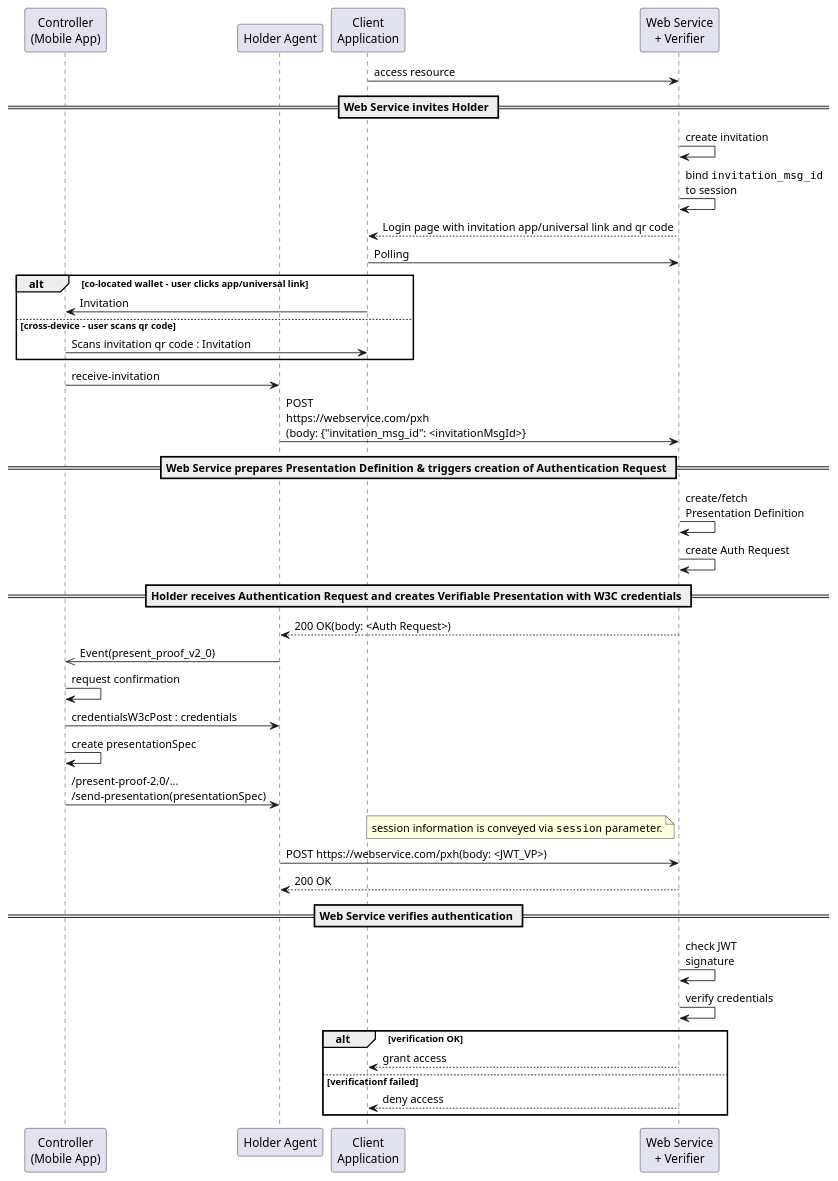
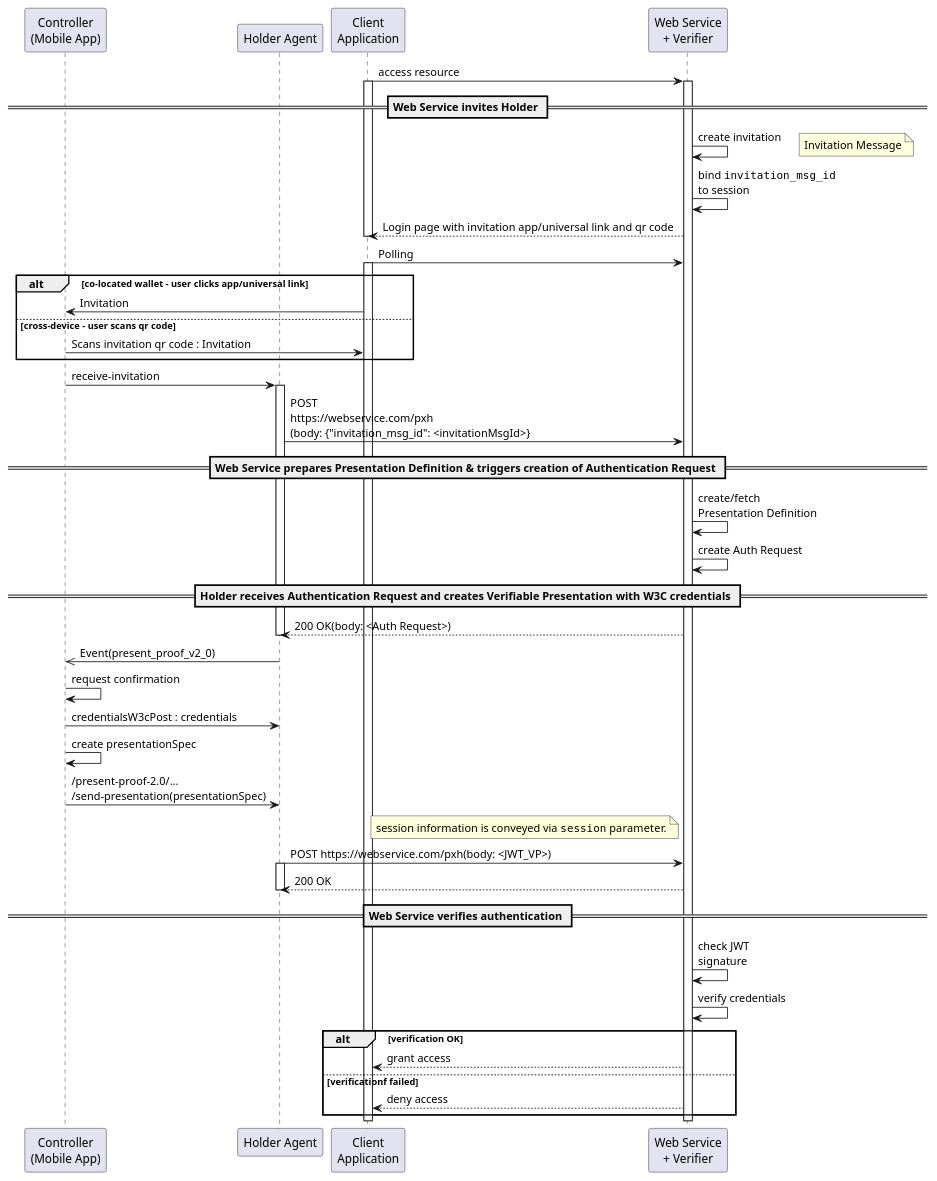
The diagram in README.adoc (gematik/poc-fue-presentationExchangeOverHttp), drawn with PlantUML before and after one commit. The commit also changed other lines of this file, not shown here.

Commit message:
added sequence chart details

```diff
--- a/README.adoc
+++ b/README.adoc
@@ -34,62 +34,76 @@
 [plantuml]
 ----
 @startuml
 'https://plantuml.com/sequence-diagram
 
 skinparam BoxPadding 10
 
 participant "Controller\n(Mobile App)" as controller
 participant "Holder Agent" as HolderAgent
 participant "Client\nApplication" as UserAgent
 participant "Web Service\n+ Verifier" as webservice
 
-
 UserAgent -> webservice : access resource
+activate UserAgent
 
 == Web Service invites Holder ==
+activate webservice
+webservice  -> webservice : create invitation
 
-webservice  -> webservice : create invitation
+note right: Invitation Message
 webservice  -> webservice : bind ""invitation_msg_id""\nto session
 webservice --> UserAgent  : Login page with invitation app/universal link and qr code
+deactivate UserAgent
+
+
 UserAgent   -> webservice : Polling
+activate UserAgent
 
 alt co-located wallet - user clicks app/universal link
     UserAgent -> controller : Invitation
 else cross-device - user scans qr code
     controller -> UserAgent : Scans invitation qr code : Invitation
 end
 
 controller           -> HolderAgent : receive-invitation
+activate HolderAgent
 HolderAgent    -> webservice  : POST\nhttps://webservice.com/pxh\n(body: {"invitation_msg_id": <invitationMsgId>}
+
 
 == Web Service prepares Presentation Definition & triggers creation of Authentication Request ==
 
 webservice -> webservice : create/fetch\nPresentation Definition
 webservice -> webservice : create Auth Request
 
 == Holder receives Authentication Request and creates Verifiable Presentation with W3C credentials ==
 
 HolderAgent   <-- webservice  : 200 OK(body: <Auth Request>)
+deactivate HolderAgent
+
 HolderAgent   ->> controller        : Event(present_proof_v2_0)
 controller           -> controller        : request confirmation
 controller           -> HolderAgent : credentialsW3cPost : credentials
 controller           -> controller        : create presentationSpec
 controller           -> HolderAgent : /present-proof-2.0/...\n/send-presentation(presentationSpec)
 note left of webservice : session information is conveyed via ""session"" parameter.
 
+
 HolderAgent   ->  webservice : POST https://webservice.com/pxh(body: <JWT_VP>)
+activate HolderAgent
 HolderAgent   <-- webservice : 200 OK
+deactivate HolderAgent
 
 == Web Service verifies authentication ==
 
 webservice  -> webservice : check JWT\nsignature
 webservice  -> webservice : verify credentials
 
 alt verification OK
     UserAgent     <-- webservice : grant access
 else verificationf failed
     UserAgent     <-- webservice : deny access
 end
-
+deactivate webservice
+deactivate UserAgent
 @enduml
 ----
```
